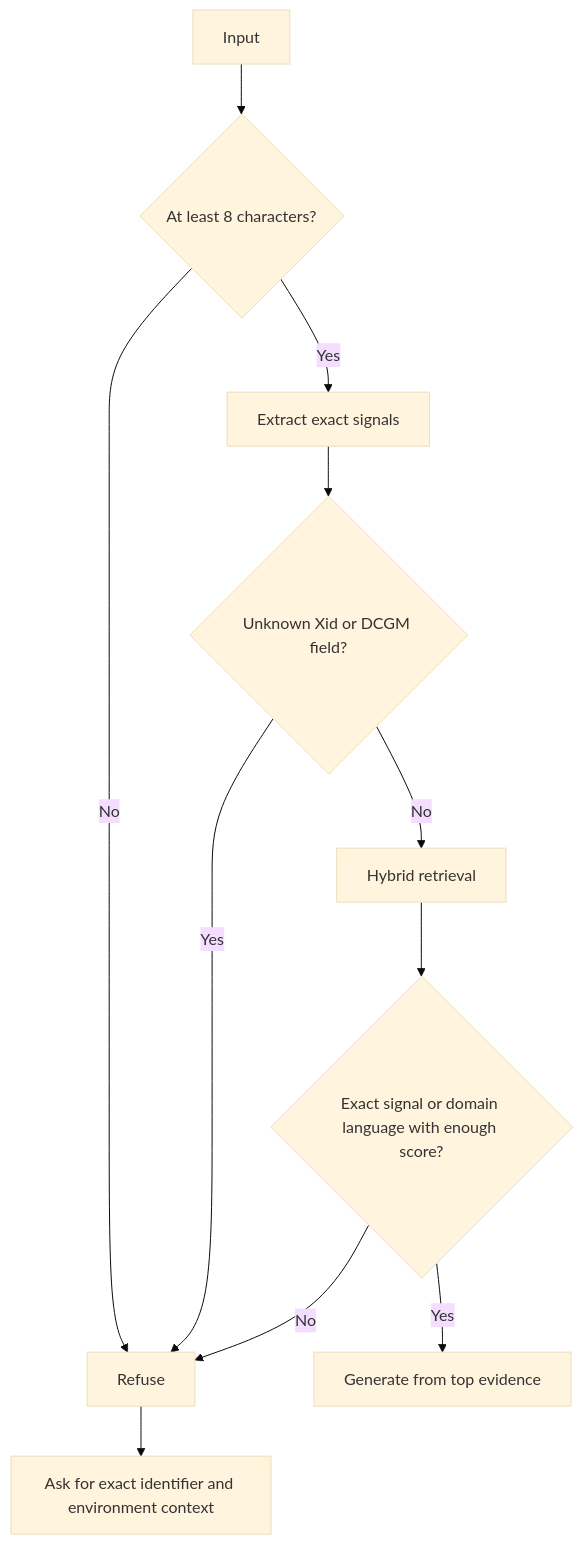
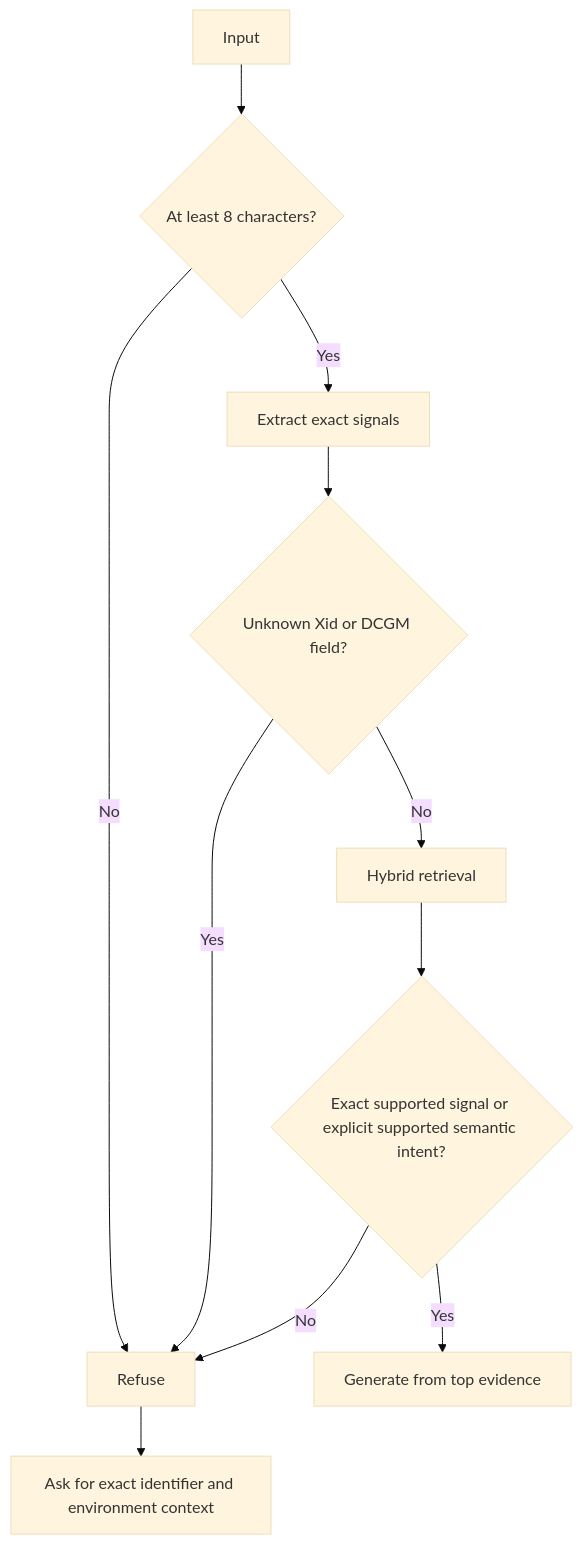
The third of 3 diagrams in docs/ARCHITECTURE.md (sivalinb/gpu-signal-atlas), drawn with Mermaid (base theme) before and after one commit. The commit also changed other lines of this file and 23 other files, not shown here.

````diff
--- a/docs/ARCHITECTURE.md
+++ b/docs/ARCHITECTURE.md
@@ -150,13 +157,13 @@
 ```mermaid
 flowchart TD
     A[Input] --> B{At least 8 characters?}
     B -->|No| R[Refuse]
     B -->|Yes| C[Extract exact signals]
     C --> D{Unknown Xid or DCGM field?}
     D -->|Yes| R
     D -->|No| E[Hybrid retrieval]
-    E --> F{Exact signal or domain language with enough score?}
+    E --> F{Exact supported signal or explicit supported semantic intent?}
     F -->|No| R
     F -->|Yes| G[Generate from top evidence]
     R --> H[Ask for exact identifier and environment context]
 ```
````
